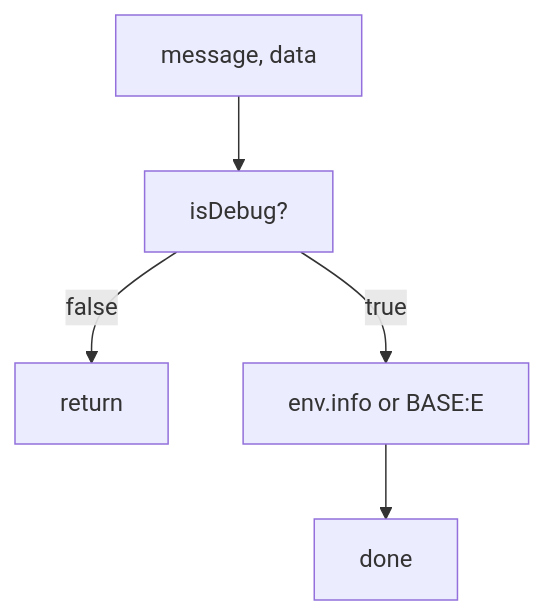
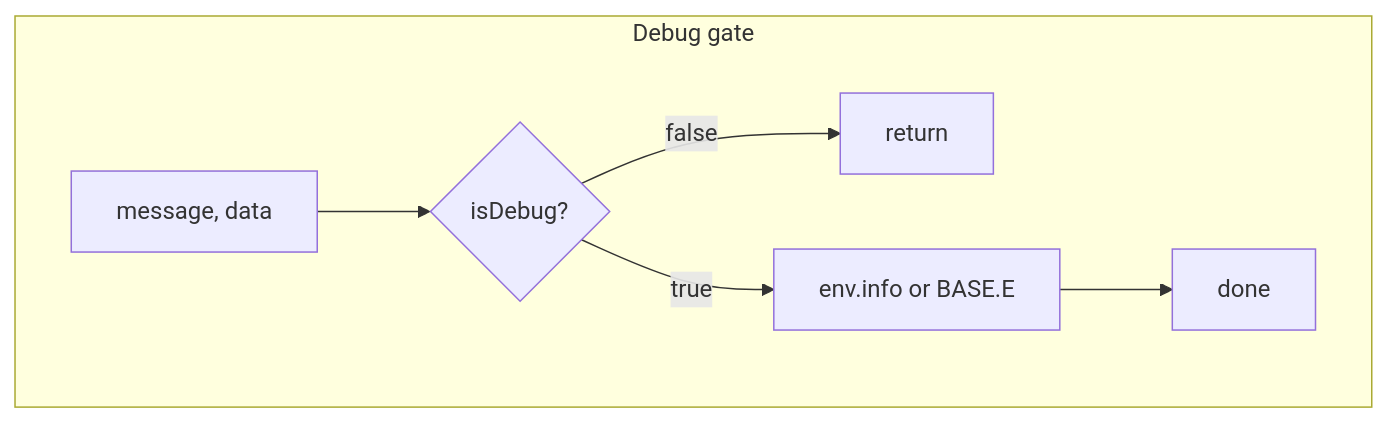
Before and after one commit to Gh0st352/AETHR: the second of 8 diagrams in docs/utils/README.md, drawn with Mermaid. The commit also changed other lines of this file and 7 other files, not shown here.

First line of the commit message:
docs(utils, mermaid): normalize diagrams, restructure subgraphs and standardize classes

````diff
--- a/docs/utils/README.md
+++ b/docs/utils/README.md
@@ -40,7 +58,15 @@
 ```mermaid
+%% shared theme: docs/_mermaid/theme.json %%
 flowchart TD
-  IN[message, data] --> CHECK[isDebug?]
-  CHECK -->|false| RETURN1[return]
-  CHECK -->|true| EMIT[env.info or BASE:E]
+subgraph "Debug gate"
+  IN[message, data] --> CHECK{isDebug?}
+  CHECK -- "false" --> RETURN1[return]
+  CHECK -- "true" --> EMIT[env.info or BASE.E]
   EMIT --> DONE1[done]
+end
+
+class IN class_io;
+class CHECK class_decision;
+class EMIT class_compute;
+class RETURN1,DONE1 class_result;
 ```
````
